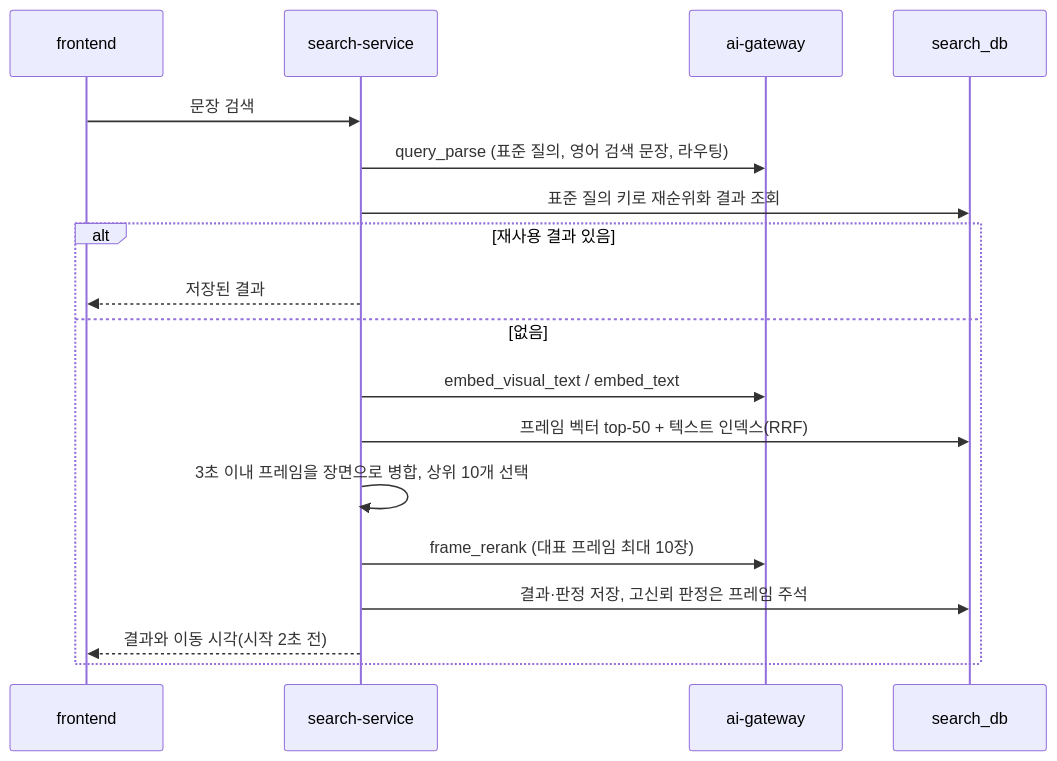
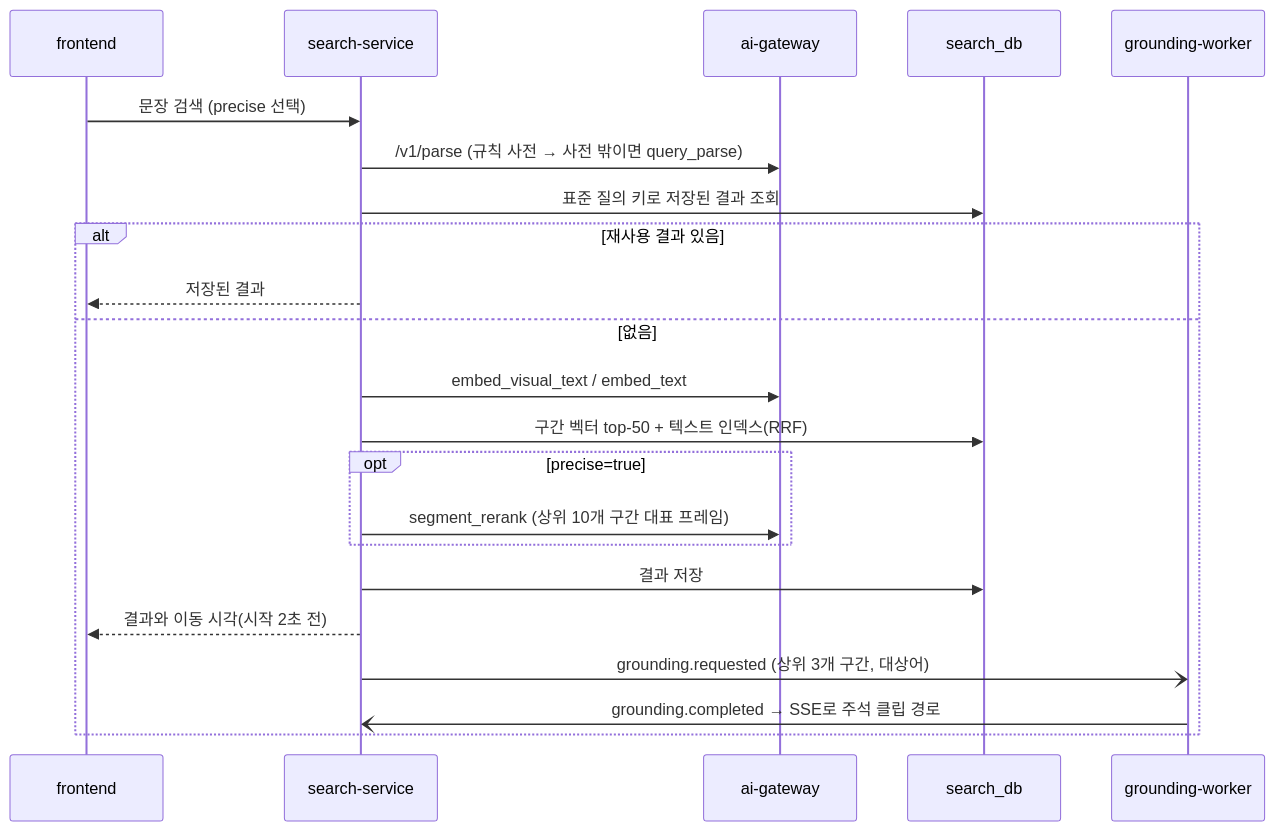
Before and after one commit to p5-3-final/docs: the third of 5 diagrams in docs/architecture/overview.md, drawn with Mermaid. The commit also changed other lines of this file and 4 other files, not shown here.

````diff
--- a/docs/architecture/overview.md
+++ b/docs/architecture/overview.md
@@ -127,20 +152,24 @@
 ```mermaid
 sequenceDiagram
   participant FE as frontend
   participant SE as search-service
   participant AG as ai-gateway
   participant DB as search_db
-  FE->>SE: 문장 검색
-  SE->>AG: query_parse (표준 질의, 영어 검색 문장, 라우팅)
-  SE->>DB: 표준 질의 키로 재순위화 결과 조회
+  participant GR as grounding-worker
+  FE->>SE: 문장 검색 (precise 선택)
+  SE->>AG: /v1/parse (규칙 사전 → 사전 밖이면 query_parse)
+  SE->>DB: 표준 질의 키로 저장된 결과 조회
   alt 재사용 결과 있음
     SE-->>FE: 저장된 결과
   else 없음
     SE->>AG: embed_visual_text / embed_text
-    SE->>DB: 프레임 벡터 top-50 + 텍스트 인덱스(RRF)
-    SE->>SE: 3초 이내 프레임을 장면으로 병합, 상위 10개 선택
-    SE->>AG: frame_rerank (대표 프레임 최대 10장)
-    SE->>DB: 결과·판정 저장, 고신뢰 판정은 프레임 주석
+    SE->>DB: 구간 벡터 top-50 + 텍스트 인덱스(RRF)
+    opt precise=true
+      SE->>AG: segment_rerank (상위 10개 구간 대표 프레임)
+    end
+    SE->>DB: 결과 저장
     SE-->>FE: 결과와 이동 시각(시작 2초 전)
+    SE-)GR: grounding.requested (상위 3개 구간, 대상어)
+    GR-)SE: grounding.completed → SSE로 주석 클립 경로
   end
 ```
````
